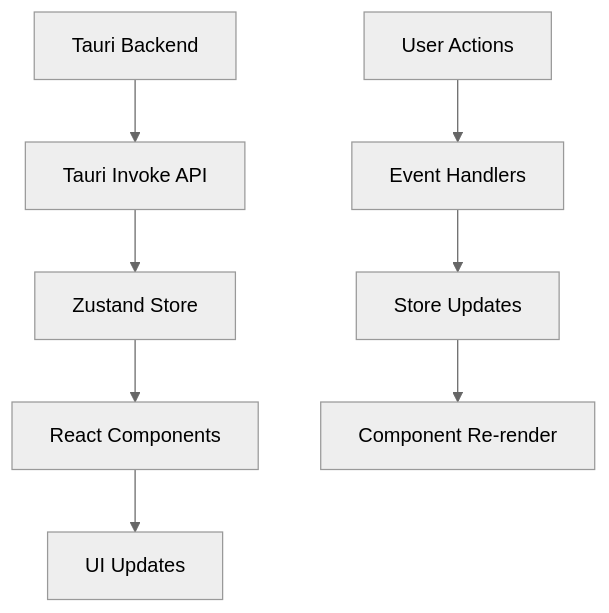
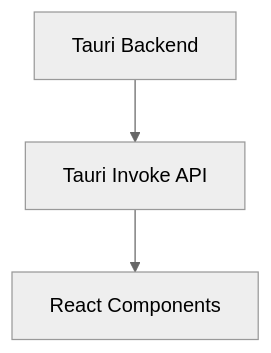
Before and after one commit to ohah/cheolsu-proxy: the second of 2 diagrams in docs/en/contributing/code-structure.md, drawn with Mermaid (neutral theme).

Commit message:
docs: update English code structure to match Korean version

````diff
--- a/docs/en/contributing/code-structure.md
+++ b/docs/en/contributing/code-structure.md
@@ -444,11 +444,5 @@
 ```mermaid
 graph TD
     A[Tauri Backend] --> B[Tauri Invoke API]
-    B --> C[Zustand Store]
-    C --> D[React Components]
-    D --> E[UI Updates]
-
-    F[User Actions] --> G[Event Handlers]
-    G --> H[Store Updates]
-    H --> I[Component Re-render]
+    B --> C[React Components]
 ```
````
